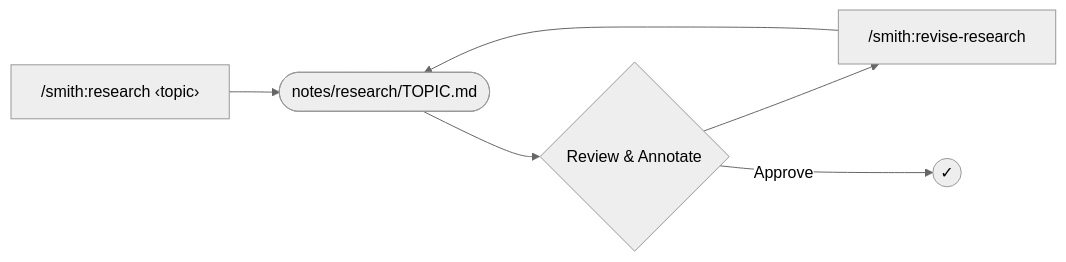
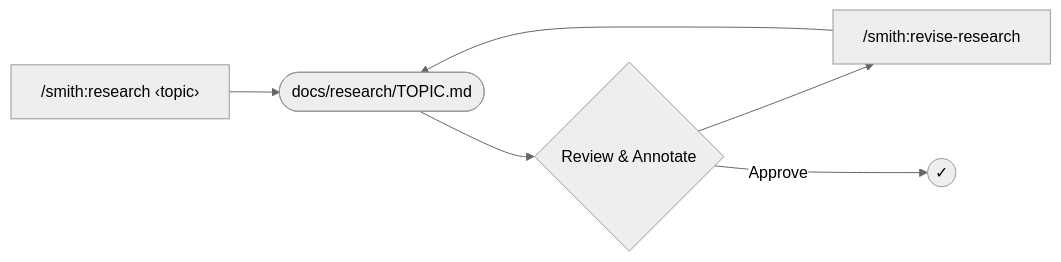
The first of 4 diagrams in smith/README.md (brettbuddin/claude-plugins), drawn with Mermaid (neutral theme) before and after one commit. The commit also changed other lines of this file and 14 other files, not shown here.

````diff
--- a/smith/README.md
+++ b/smith/README.md
@@ -25,7 +25,7 @@
 ```mermaid
 flowchart LR
-    R["/smith:research ‹topic›"] --> RD(["notes/research/TOPIC.md"])
+    R["/smith:research ‹topic›"] --> RD(["docs/research/TOPIC.md"])
     RD --> RR{"Review & Annotate"}
     RR --> RV["/smith:revise-research"] --> RD
     RR -->|Approve| Done((✓))
 ```
````
